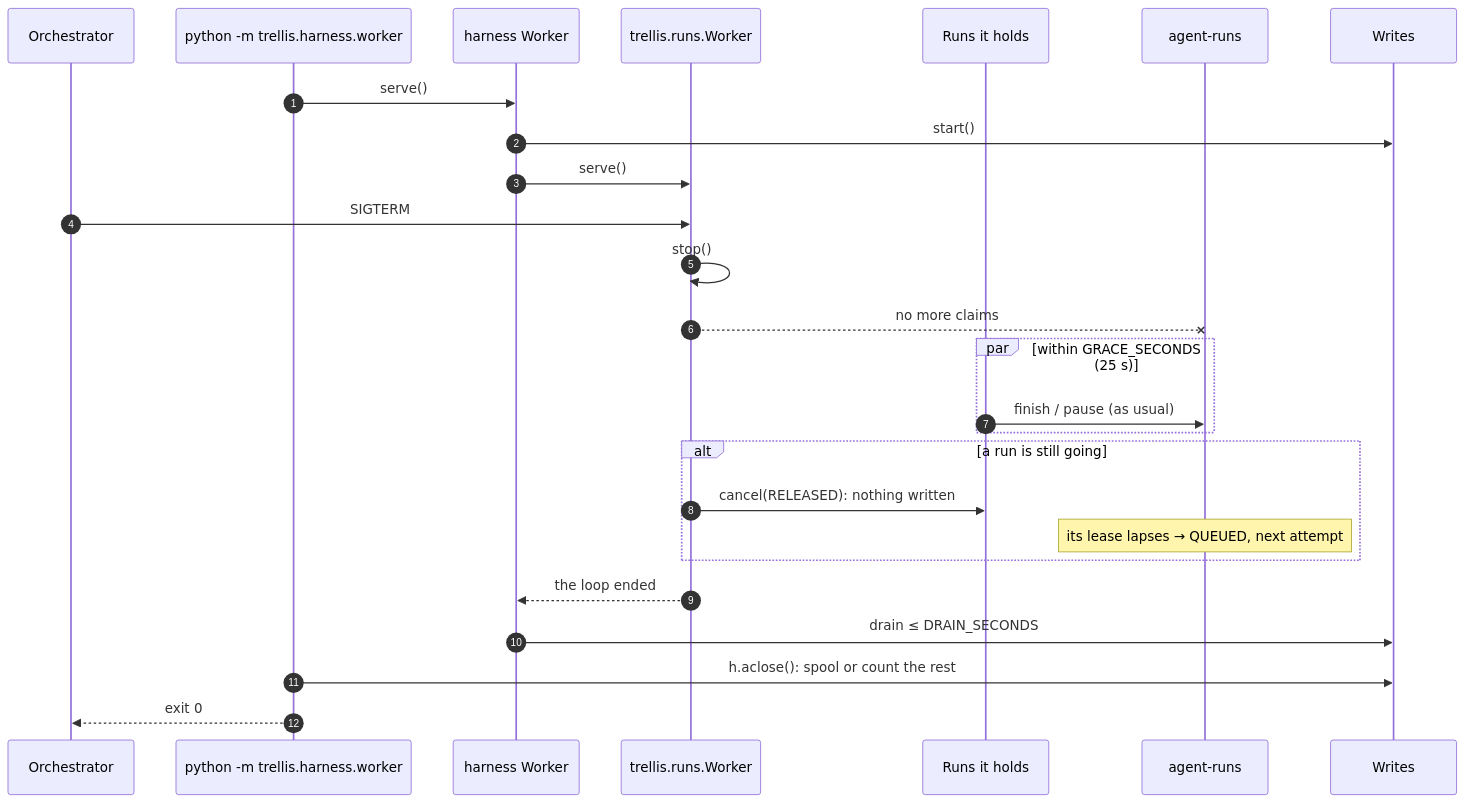
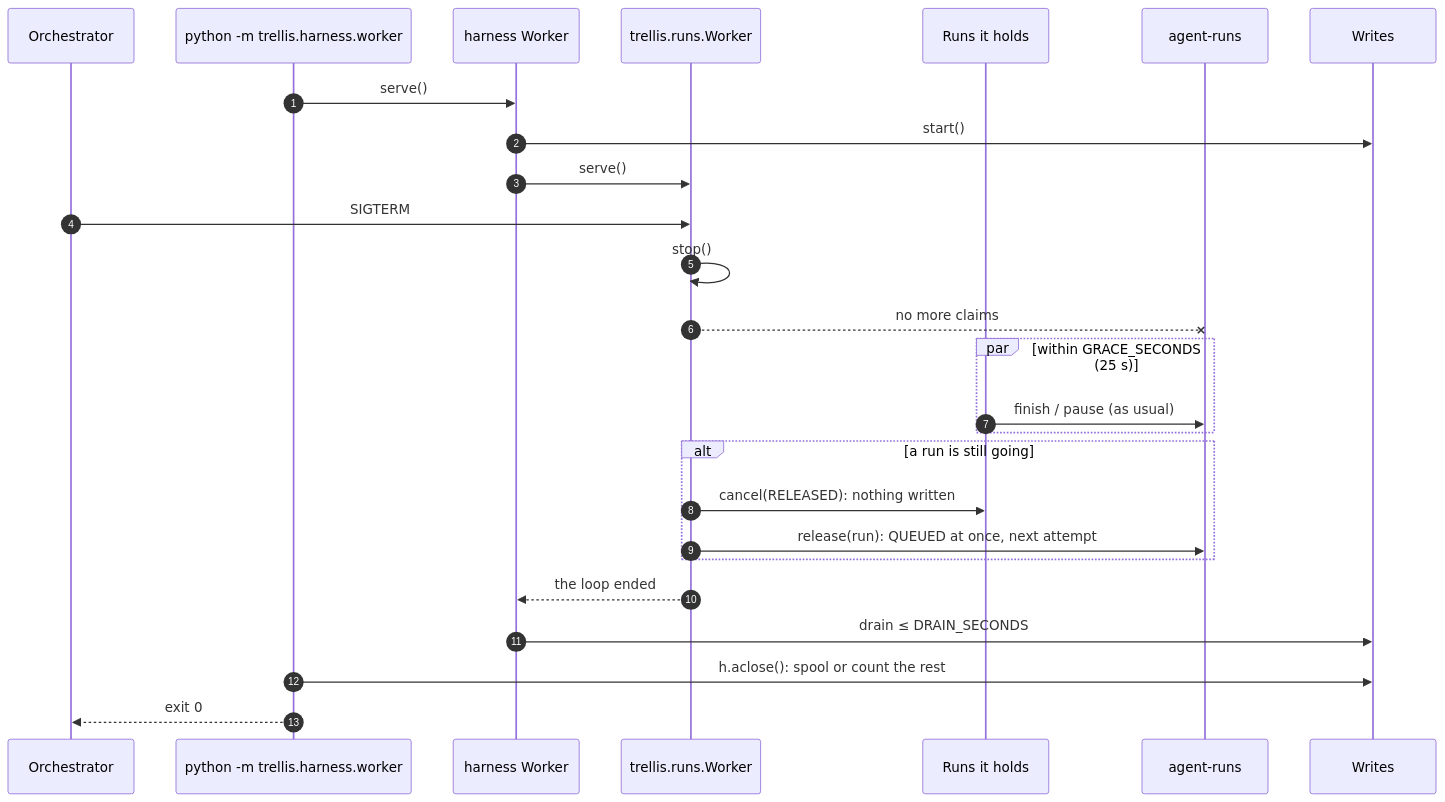
Diagram 11 of 11 in ARCHITECTURE.md (amitmohapatra/agent-harness), drawn with Mermaid before and after one commit. The commit also changed other lines of this file and 11 other files, not shown here.

````diff
--- a/ARCHITECTURE.md
+++ b/ARCHITECTURE.md
@@ -610,28 +615,28 @@
 ```mermaid
 sequenceDiagram
   autonumber
   participant OS as Orchestrator
   participant CLI as python -m trellis.harness.worker
   participant HW as harness Worker
   participant Wk as trellis.runs.Worker
   participant R as Runs it holds
   participant AR as agent-runs
   participant W as Writes
   CLI->>HW: serve()
   HW->>W: start()
   HW->>Wk: serve()
   OS->>Wk: SIGTERM
   Wk->>Wk: stop()
   Wk--xAR: no more claims
   par within GRACE_SECONDS (25 s)
     R->>AR: finish / pause (as usual)
   end
   alt a run is still going
     Wk->>R: cancel(RELEASED): nothing written
-    Note over AR: its lease lapses → QUEUED, next attempt
+    Wk->>AR: release(run): QUEUED at once, next attempt
   end
   Wk-->>HW: the loop ended
   HW->>W: drain ≤ DRAIN_SECONDS
   CLI->>W: h.aclose(): spool or count the rest
   CLI-->>OS: exit 0
 ```
````
